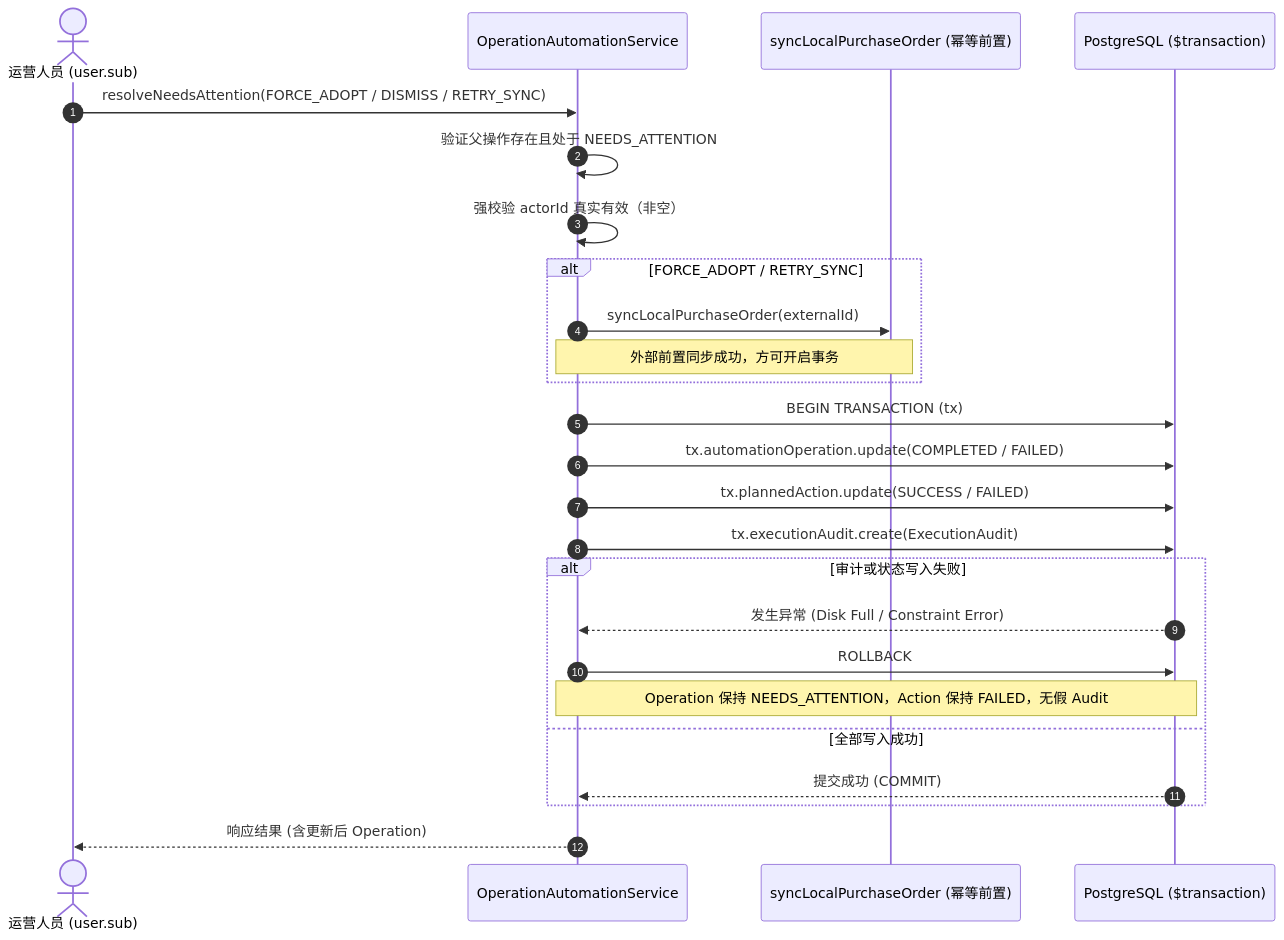
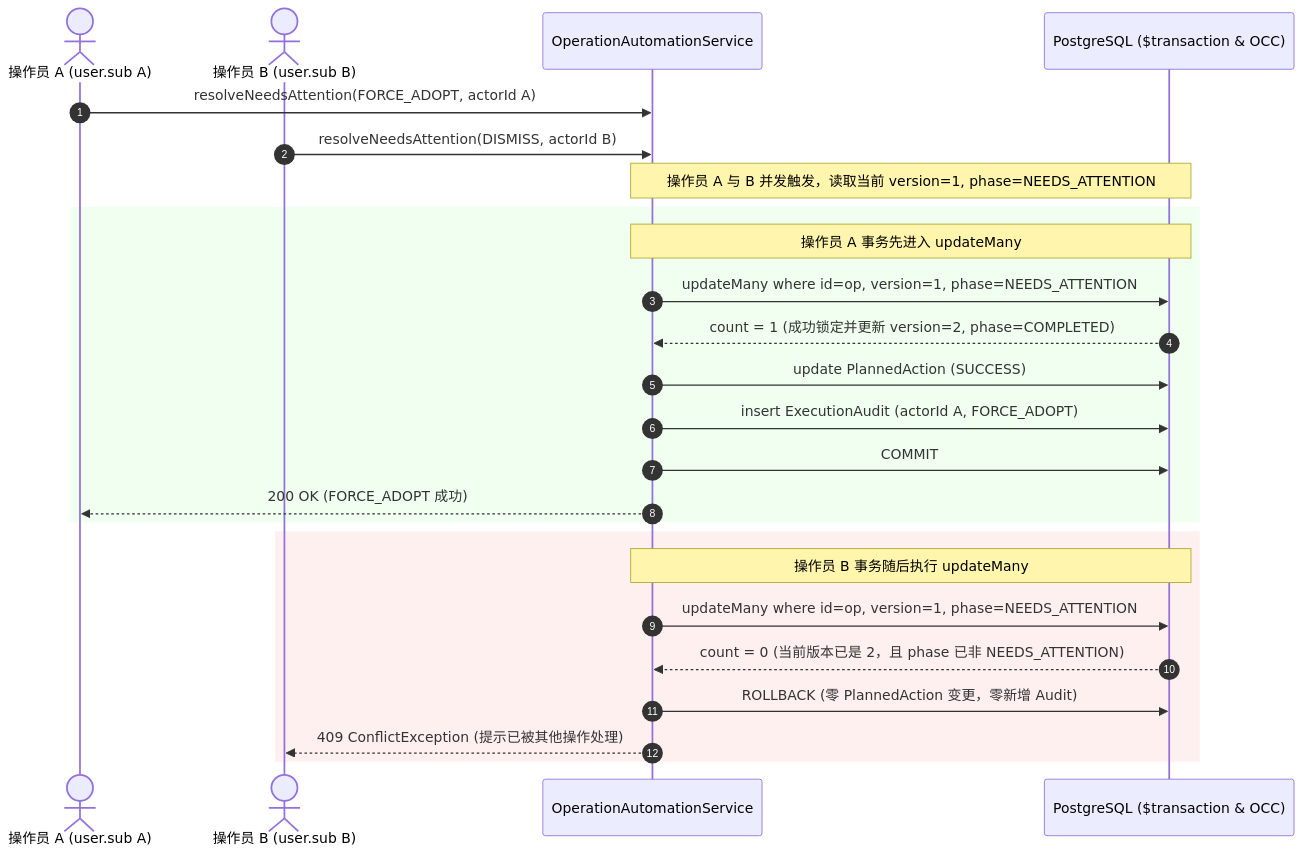
Before and after one commit to maopao123/CrossPilot: the diagram in docs/automation-runtime/HUMAN_AUDIT_TRAIL.md, drawn with Mermaid. The commit also changed other lines of this file and 5 other files, not shown here.

Commit message:
[Automation Runtime] Phase 6.1: harden human audit concurrency and actor identity

````diff
--- a/docs/automation-runtime/HUMAN_AUDIT_TRAIL.md
+++ b/docs/automation-runtime/HUMAN_AUDIT_TRAIL.md
@@ -110,32 +141,31 @@
 ```mermaid
 sequenceDiagram
   autonumber
-  actor Operator as 运营人员 (user.sub)
+  actor OpA as 操作员 A (user.sub A)
+  actor OpB as 操作员 B (user.sub B)
   participant API as OperationAutomationService
-  participant Ext as syncLocalPurchaseOrder (幂等前置)
-  participant DB as PostgreSQL ($transaction)
+  participant DB as PostgreSQL ($transaction & OCC)
 
-  Operator->>API: resolveNeedsAttention(FORCE_ADOPT / DISMISS / RETRY_SYNC)
-  API->>API: 验证父操作存在且处于 NEEDS_ATTENTION
-  API->>API: 强校验 actorId 真实有效（非空）
+  OpA->>API: resolveNeedsAttention(FORCE_ADOPT, actorId A)
+  OpB->>API: resolveNeedsAttention(DISMISS, actorId B)
   
-  alt FORCE_ADOPT / RETRY_SYNC
-    API->>Ext: syncLocalPurchaseOrder(externalId)
-    Note over API,Ext: 外部前置同步成功，方可开启事务
+  Note over API,DB: 操作员 A 与 B 并发触发，读取当前 version=1, phase=NEEDS_ATTENTION
+
+  rect rgb(240, 255, 240)
+    Note over API,DB: 操作员 A 事务先进入 updateMany
+    API->>DB: updateMany where id=op, version=1, phase=NEEDS_ATTENTION
+    DB-->>API: count = 1 (成功锁定并更新 version=2, phase=COMPLETED)
+    API->>DB: update PlannedAction (SUCCESS)
+    API->>DB: insert ExecutionAudit (actorId A, FORCE_ADOPT)
+    API->>DB: COMMIT
+    API-->>OpA: 200 OK (FORCE_ADOPT 成功)
   end
 
-  API->>DB: BEGIN TRANSACTION (tx)
-  API->>DB: tx.automationOperation.update(COMPLETED / FAILED)
-  API->>DB: tx.plannedAction.update(SUCCESS / FAILED)
-  API->>DB: tx.executionAudit.create(ExecutionAudit)
-  
-  alt 审计或状态写入失败
-    DB-->>API: 发生异常 (Disk Full / Constraint Error)
-    API->>DB: ROLLBACK
-    Note over API,DB: Operation 保持 NEEDS_ATTENTION，Action 保持 FAILED，无假 Audit
-  else 全部写入成功
-    DB-->>API: 提交成功 (COMMIT)
+  rect rgb(255, 240, 240)
+    Note over API,DB: 操作员 B 事务随后执行 updateMany
+    API->>DB: updateMany where id=op, version=1, phase=NEEDS_ATTENTION
+    DB-->>API: count = 0 (当前版本已是 2，且 phase 已非 NEEDS_ATTENTION)
+    API->>DB: ROLLBACK (零 PlannedAction 变更，零新增 Audit)
+    API-->>OpB: 409 ConflictException (提示已被其他操作处理)
   end
-
-  API-->>Operator: 响应结果 (含更新后 Operation)
 ```
````
